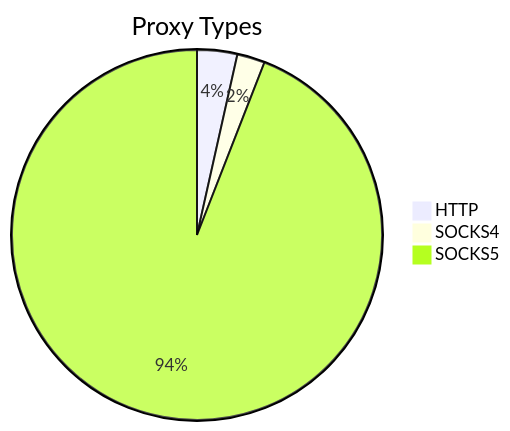
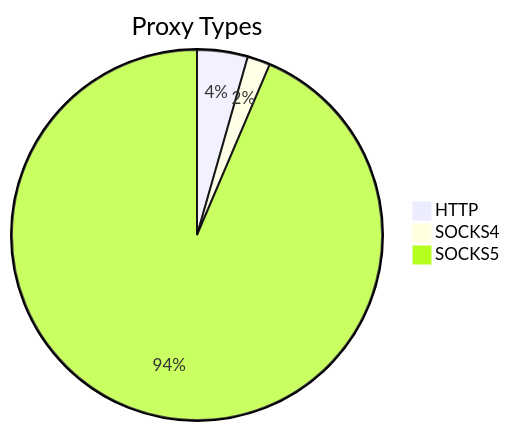
The first of 2 diagrams in README.md (stormsia/proxy-list), drawn with Mermaid before and after one commit. The commit also changed other lines of this file, not shown here.

````diff
--- a/README.md
+++ b/README.md
@@ -21,6 +21,6 @@
 ```mermaid
 pie title Proxy Types
-    "HTTP" : 130
-    "SOCKS4" : 90
-    "SOCKS5" : 3491
+    "HTTP" : 82
+    "SOCKS4" : 37
+    "SOCKS5" : 1737
 ```
````
